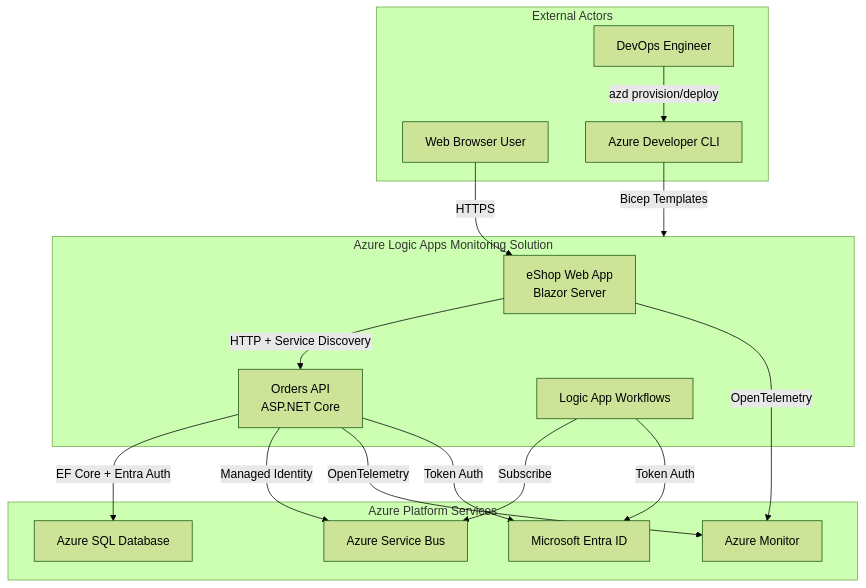
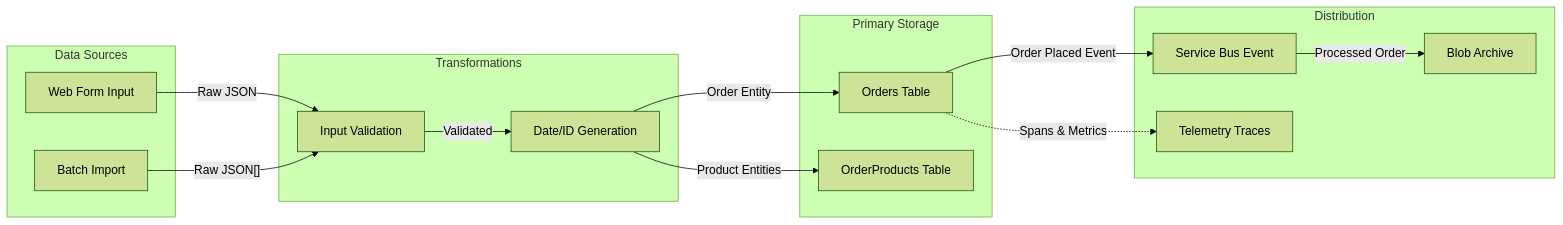
One commit to Evilazaro/Azure-LogicApps-Monitoring changed the eighth of 11 diagrams in docs/SolutionArchitecture.md. Above: the diagram before and after it, drawn with Mermaid (forest theme). The commit also changed other lines of this file, not shown here.

Commit message:
Implement feature X to enhance user experience and optimize performance

````diff
--- a/docs/SolutionArchitecture.md
+++ b/docs/SolutionArchitecture.md
@@ -401,36 +602,32 @@
 ```mermaid
-flowchart TD
-    subgraph ExternalActors["External Actors"]
-        WebUser["Web Browser User"]
-        DevOps["DevOps Engineer"]
-        AZD["Azure Developer CLI"]
+flowchart LR
+    subgraph Sources["Data Sources"]
+        WebForm["Web Form Input"]
+        BatchFile["Batch Import"]
     end
     
-    subgraph AzureLogicAppsMonitoring["Azure Logic Apps Monitoring Solution"]
-        WebApp["eShop Web App<br/>Blazor Server"]
-        OrdersAPI["Orders API<br/>ASP.NET Core"]
-        LogicApps["Logic App Workflows"]
+    subgraph Transform["Transformations"]
+        Validation["Input Validation"]
+        Enrichment["Date/ID Generation"]
     end
     
-    subgraph AzureServices["Azure Platform Services"]
-        EntraID["Microsoft Entra ID"]
-        AzureMonitor["Azure Monitor"]
-        SQLAzure["Azure SQL Database"]
-        ServiceBus["Azure Service Bus"]
+    subgraph Storage["Primary Storage"]
+        SQLOrders["Orders Table"]
+        SQLProducts["OrderProducts Table"]
     end
     
-    WebUser -->|"HTTPS"| WebApp
-    DevOps -->|"azd provision/deploy"| AZD
-    AZD -->|"Bicep Templates"| AzureLogicAppsMonitoring
+    subgraph Distribution["Distribution"]
+        ServiceBusEvent["Service Bus Event"]
+        BlobArchive["Blob Archive"]
+        AITraces["Telemetry Traces"]
+    end
     
-    WebApp -->|"HTTP + Service Discovery"| OrdersAPI
-    OrdersAPI -->|"EF Core + Entra Auth"| SQLAzure
-    OrdersAPI -->|"Managed Identity"| ServiceBus
-    LogicApps -->|"Subscribe"| ServiceBus
-    
-    WebApp -->|"OpenTelemetry"| AzureMonitor
-    OrdersAPI -->|"OpenTelemetry"| AzureMonitor
-    
-    OrdersAPI -->|"Token Auth"| EntraID
-    LogicApps -->|"Token Auth"| EntraID
+    WebForm -->|"Raw JSON"| Validation
+    BatchFile -->|"Raw JSON[]"| Validation
+    Validation -->|"Validated"| Enrichment
+    Enrichment -->|"Order Entity"| SQLOrders
+    Enrichment -->|"Product Entities"| SQLProducts
+    SQLOrders -->|"Order Placed Event"| ServiceBusEvent
+    ServiceBusEvent -->|"Processed Order"| BlobArchive
+    SQLOrders -.->|"Spans & Metrics"| AITraces
 ```
````
